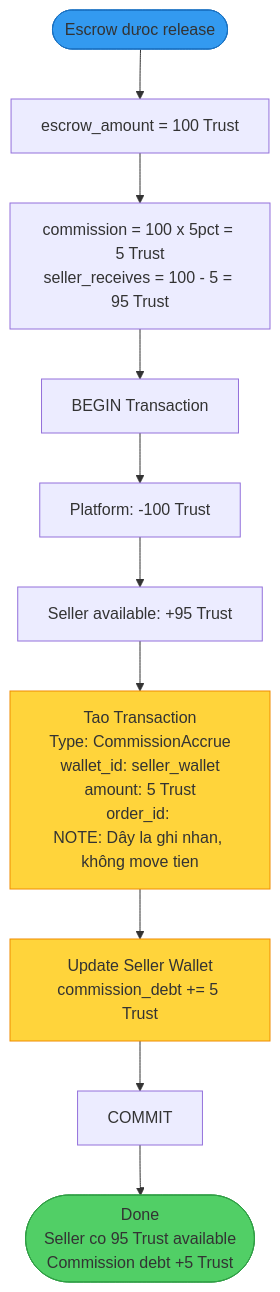
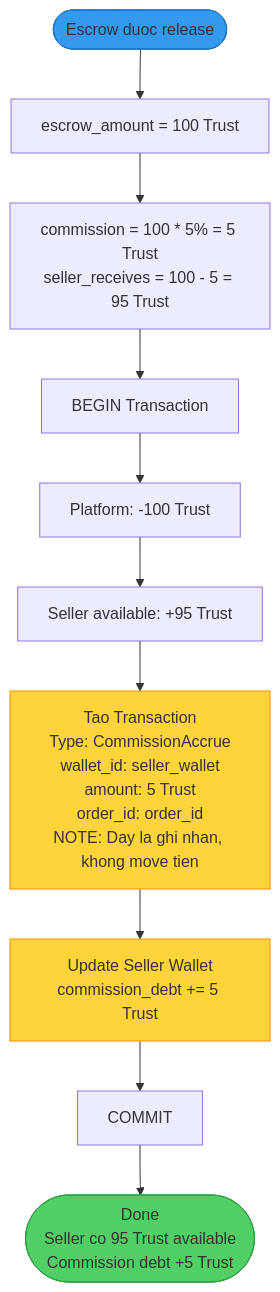
Before and after one commit to anhnguyen123312/ShopMMO: the tenth of 20 diagrams in mmo-api/docs/v2/05-wallet-v2-platform-wallet-flows.md, drawn with Mermaid. The commit also changed other lines of this file, not shown here.

````diff
--- a/mmo-api/docs/v2/05-wallet-v2-platform-wallet-flows.md
+++ b/mmo-api/docs/v2/05-wallet-v2-platform-wallet-flows.md
@@ -812,23 +812,23 @@
 ```mermaid
 flowchart TD
-    Start([Escrow dưoc release])
+    Start([Escrow duoc release])
 
     Start --> GetAmount[escrow_amount = 100 Trust]
-    GetAmount --> CalcCommission[commission = 100 x 5pct = 5 Trust<br/>seller_receives = 100 - 5 = 95 Trust]
+    GetAmount --> CalcCommission[commission = 100 * 5% = 5 Trust<br>seller_receives = 100 - 5 = 95 Trust]
 
-    CalcCommission --> BeginTx[ BEGIN Transaction]
+    CalcCommission --> BeginTx[BEGIN Transaction]
     BeginTx --> DeductPlatform[Platform: -100 Trust]
     DeductPlatform --> CreditSeller[Seller available: +95 Trust]
 
     %% Commission Accrual
-    CreditSeller --> CreateCommissionTx[Tao Transaction<br/>Type: CommissionAccrue<br/>wallet_id: seller_wallet<br/>amount: 5 Trust<br/>order_id: <order_id><br/>NOTE: Dây la ghi nhan, không move tien]
-    CreateCommissionTx --> UpdateCommissionDebt[Update Seller Wallet<br/>commission_debt += 5 Trust]
+    CreditSeller --> CreateCommissionTx[Tao Transaction<br>Type: CommissionAccrue<br>wallet_id: seller_wallet<br>amount: 5 Trust<br>order_id: order_id<br>NOTE: Day la ghi nhan, khong move tien]
+    CreateCommissionTx --> UpdateCommissionDebt[Update Seller Wallet<br>commission_debt += 5 Trust]
 
-    UpdateCommissionDebt --> CommitTx[ COMMIT]
-    CommitTx --> End([Done<br/>Seller co 95 Trust available<br/>Commission debt +5 Trust])
+    UpdateCommissionDebt --> CommitTx[COMMIT]
+    CommitTx --> End([Done<br>Seller co 95 Trust available<br>Commission debt +5 Trust])
 
     style Start fill:#339af0,stroke:#1971c2
     style End fill:#51cf66,stroke:#2f9e44
     style CreateCommissionTx fill:#ffd43b,stroke:#f08c00
     style UpdateCommissionDebt fill:#ffd43b,stroke:#f08c00
 ```
````
